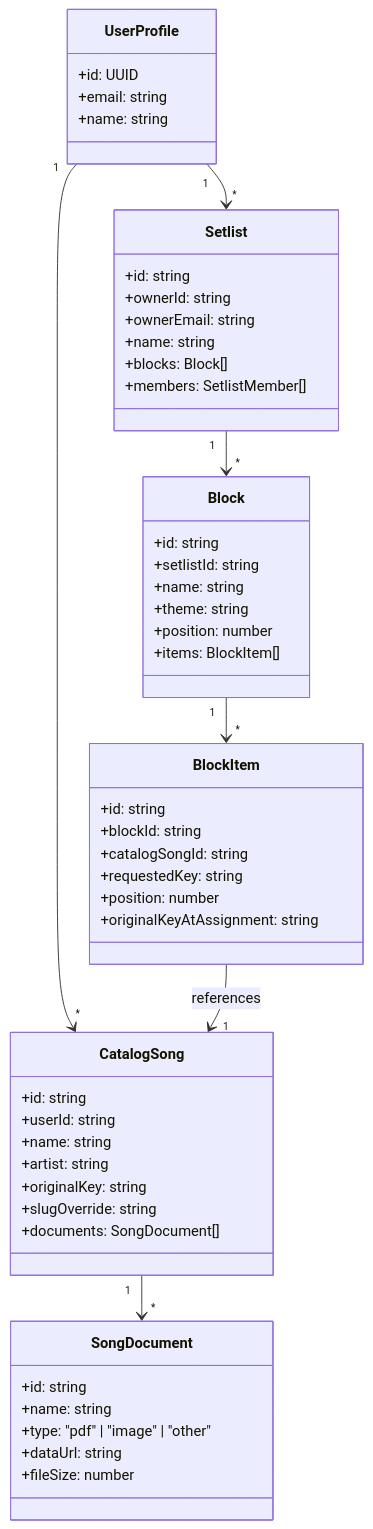
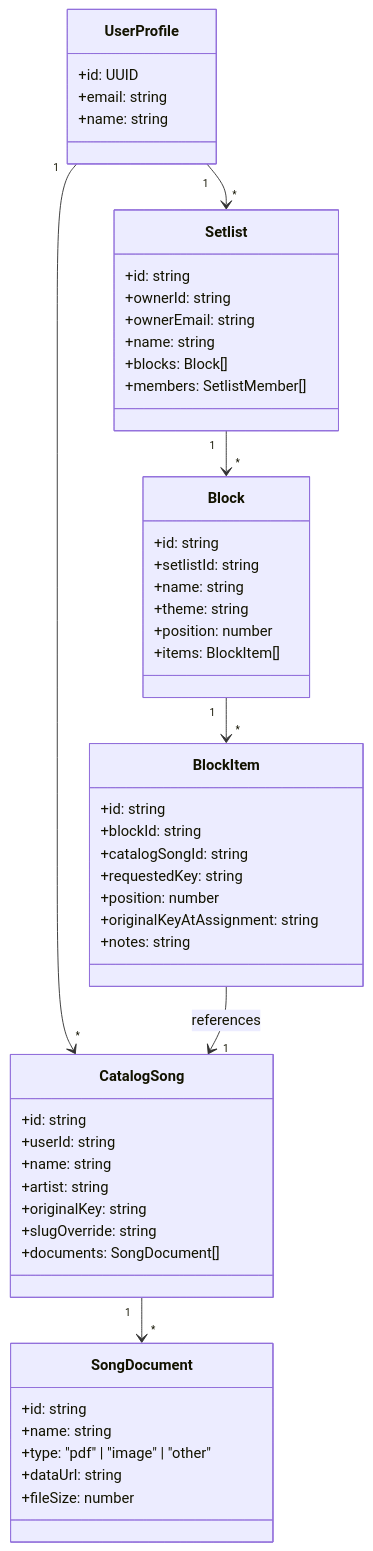
Before and after one commit to bielfernandes-projects/repertorio-automatico: the diagram in CONTEXT.md, drawn with Mermaid. The commit also changed other lines of this file and 7 other files, not shown here.

````diff
--- a/CONTEXT.md
+++ b/CONTEXT.md
@@ -29,54 +29,55 @@
 ```mermaid
 classDiagram
     class UserProfile {
         +id: UUID
         +email: string
         +name: string
     }
     class CatalogSong {
         +id: string
         +userId: string
         +name: string
         +artist: string
         +originalKey: string
         +slugOverride: string
         +documents: SongDocument[]
     }
     class SongDocument {
         +id: string
         +name: string
         +type: "pdf" | "image" | "other"
         +dataUrl: string
         +fileSize: number
     }
     class Setlist {
         +id: string
         +ownerId: string
         +ownerEmail: string
         +name: string
         +blocks: Block[]
         +members: SetlistMember[]
     }
     class Block {
         +id: string
         +setlistId: string
         +name: string
         +theme: string
         +position: number
         +items: BlockItem[]
     }
     class BlockItem {
         +id: string
         +blockId: string
         +catalogSongId: string
         +requestedKey: string
         +position: number
         +originalKeyAtAssignment: string
+        +notes: string
     }
     UserProfile "1" --> "*" CatalogSong
     UserProfile "1" --> "*" Setlist
     CatalogSong "1" --> "*" SongDocument
     Setlist "1" --> "*" Block
     Block "1" --> "*" BlockItem
     BlockItem --> "1" CatalogSong : references
 ```
````
